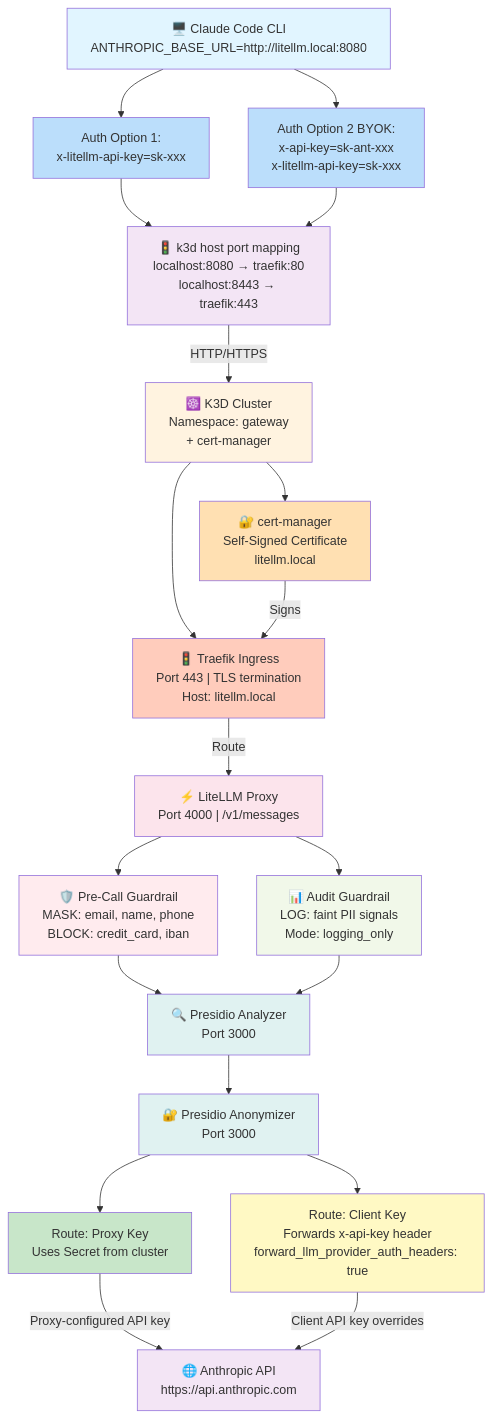
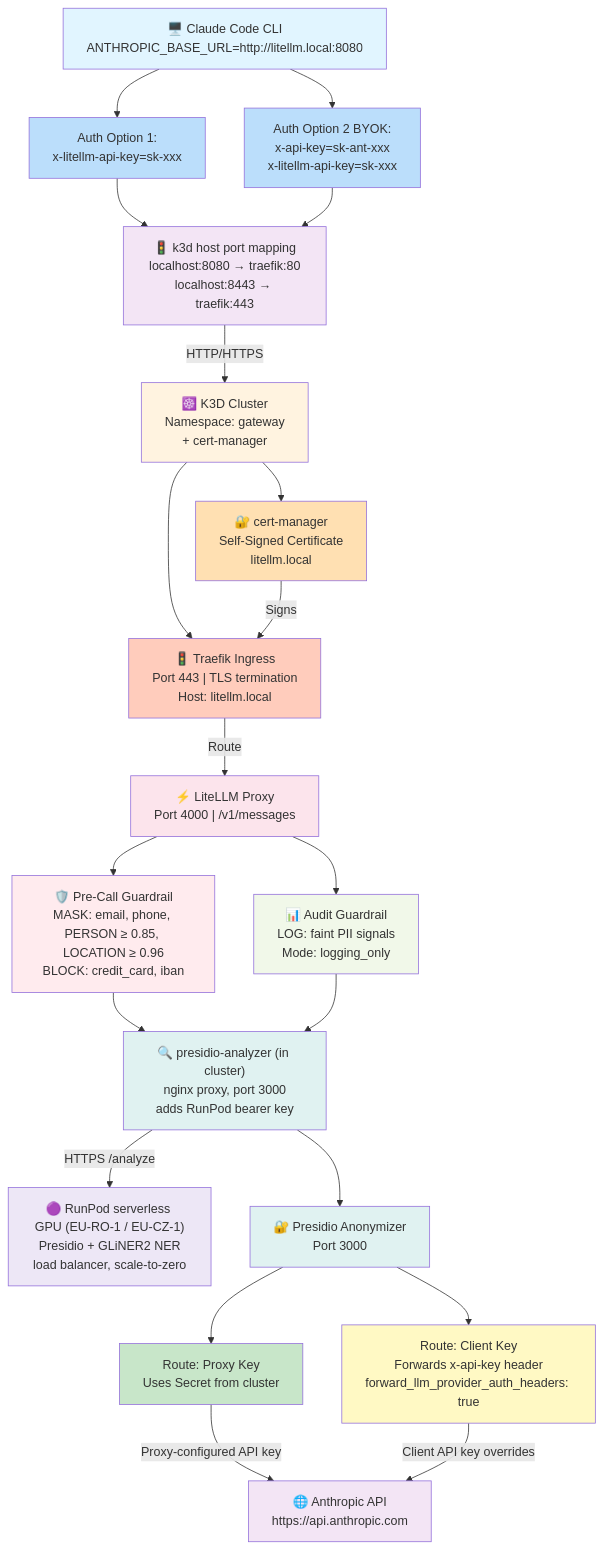
The diagram in README.md (bricelalu/claude-code-pii-guardian), drawn with Mermaid before and after one commit. The commit also changed other lines of this file and 44 other files, not shown here.

First line of the commit message:
feat: GLiNER2 PII analyzer on RunPod, NER benchmark, Cilium egress policy

````diff
--- a/README.md
+++ b/README.md
@@ -120,68 +131,72 @@
 ```mermaid
 graph TD
     CLI["🖥️ Claude Code CLI<br/>ANTHROPIC_BASE_URL=http://litellm.local:8080"]
     
     CLI1["Auth Option 1:<br/>x-litellm-api-key=sk-xxx"]
     CLI2["Auth Option 2 BYOK:<br/>x-api-key=sk-ant-xxx<br/>x-litellm-api-key=sk-xxx"]
     
     PF["🚦 k3d host port mapping<br/>localhost:8080 → traefik:80<br/>localhost:8443 → traefik:443"]
     
     K3D["☸️ K3D Cluster<br/>Namespace: gateway<br/>+ cert-manager"]
     
     CERT["🔐 cert-manager<br/>Self-Signed Certificate<br/>litellm.local"]
     
     TRAEFIK["🚦 Traefik Ingress<br/>Port 443 | TLS termination<br/>Host: litellm.local"]
     
     LLM["⚡ LiteLLM Proxy<br/>Port 4000 | /v1/messages"]
     
-    PRE["🛡️ Pre-Call Guardrail<br/>MASK: email, name, phone<br/>BLOCK: credit_card, iban"]
+    PRE["🛡️ Pre-Call Guardrail<br/>MASK: email, phone, PERSON ≥ 0.85, LOCATION ≥ 0.96<br/>BLOCK: credit_card, iban"]
     
     AUDIT["📊 Audit Guardrail<br/>LOG: faint PII signals<br/>Mode: logging_only"]
     
-    ANALYZER["🔍 Presidio Analyzer<br/>Port 3000"]
+    ANALYZER["🔍 presidio-analyzer (in cluster)<br/>nginx proxy, port 3000<br/>adds RunPod bearer key"]
+    
+    RUNPOD["🟣 RunPod serverless GPU (EU-RO-1 / EU-CZ-1)<br/>Presidio + GLiNER2 NER<br/>load balancer, scale-to-zero"]
     
     ANON["🔐 Presidio Anonymizer<br/>Port 3000"]
     
     ROUTE1["Route: Proxy Key<br/>Uses Secret from cluster"]
     ROUTE2["Route: Client Key<br/>Forwards x-api-key header<br/>forward_llm_provider_auth_headers: true"]
     
     ANTHROPIC["🌐 Anthropic API<br/>https://api.anthropic.com"]
     
     CLI --> CLI1
     CLI --> CLI2
     CLI1 --> PF
     CLI2 --> PF
     PF -->|HTTP/HTTPS| K3D
     K3D --> CERT
     K3D --> TRAEFIK
     CERT -->|Signs| TRAEFIK
     TRAEFIK -->|Route| LLM
     
     LLM --> PRE
     LLM --> AUDIT
     PRE --> ANALYZER
     AUDIT --> ANALYZER
+    ANALYZER -->|HTTPS /analyze| RUNPOD
     ANALYZER --> ANON
     
     ANON --> ROUTE1
     ANON --> ROUTE2
     
     ROUTE1 -->|Proxy-configured API key| ANTHROPIC
     ROUTE2 -->|Client API key overrides| ANTHROPIC
     
     style CLI fill:#e1f5ff
     style CLI1 fill:#bbdefb
     style CLI2 fill:#bbdefb
     style PF fill:#f3e5f5
     style K3D fill:#fff3e0
     style CERT fill:#ffe0b2
     style TRAEFIK fill:#ffccbc
     style LLM fill:#fce4ec
     style PRE fill:#ffebee
     style AUDIT fill:#f1f8e9
     style ANALYZER fill:#e0f2f1
+    style RUNPOD fill:#ede7f6
     style ANON fill:#e0f2f1
     style ROUTE1 fill:#c8e6c9
     style ROUTE2 fill:#fff9c4
     style ANTHROPIC fill:#f3e5f5
 ```
````
